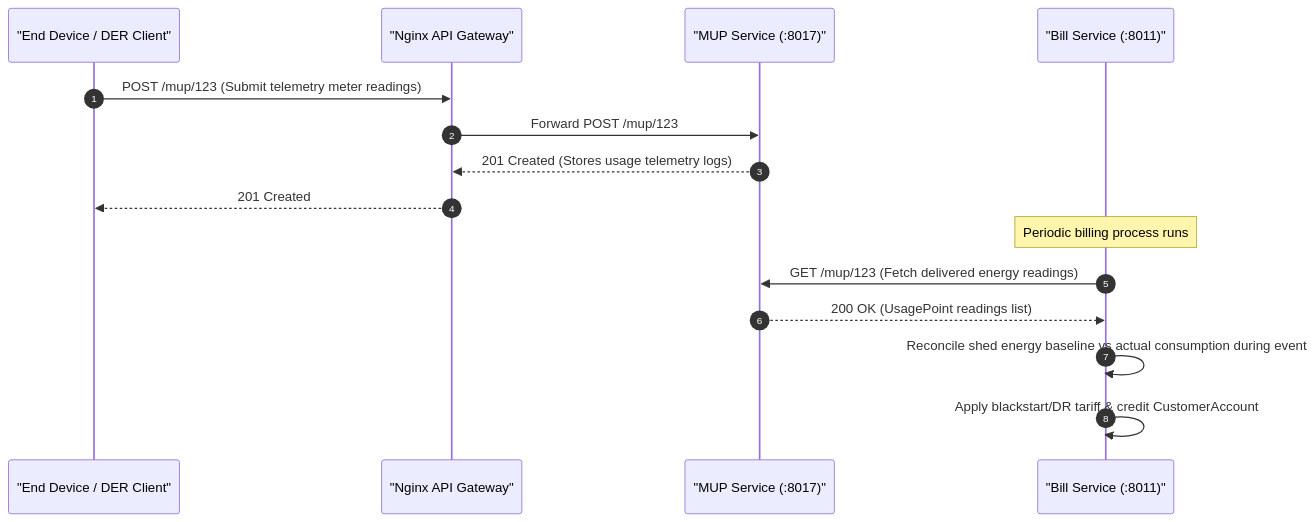
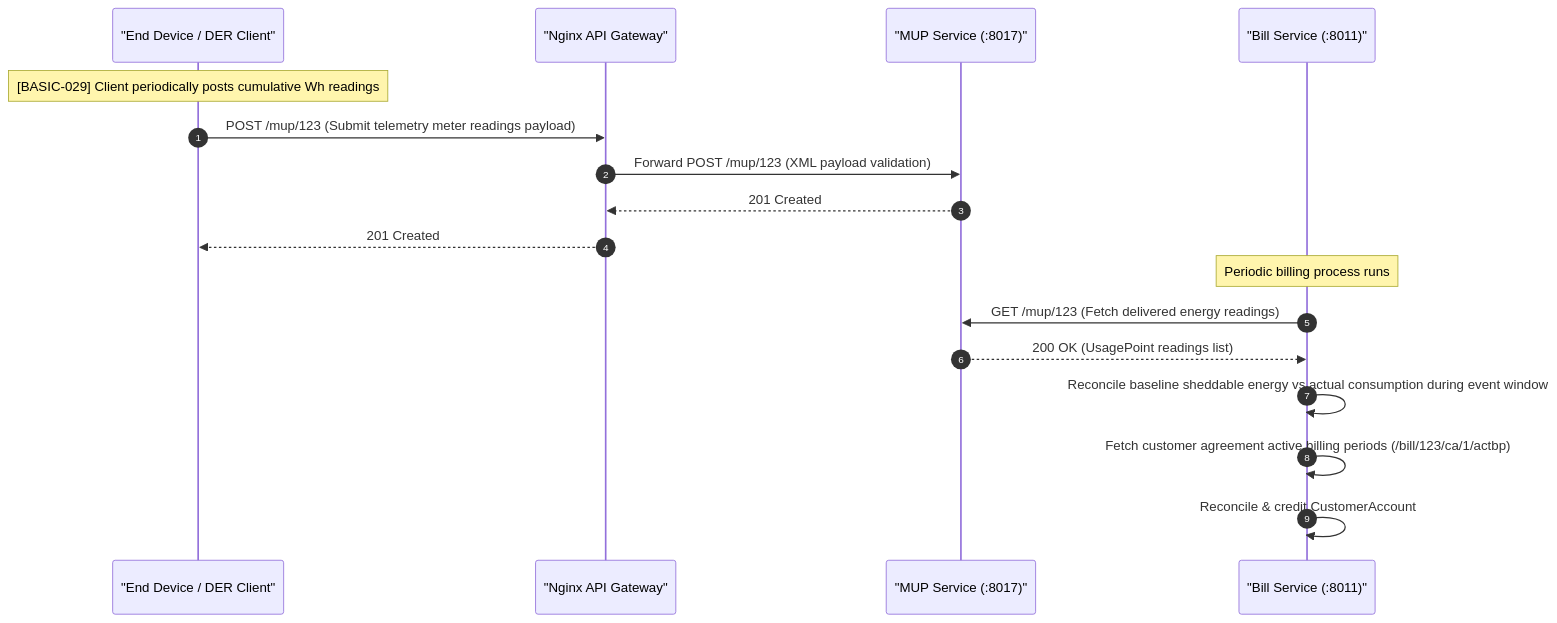
The sixth of 6 diagrams in lifecycles/blackstart.md (Tylores/egot), drawn with Mermaid before and after one commit. The commit also changed other lines of this file and 68 other files, not shown here.

Commit message:
refactor: migrate to microservices architecture, add validation tools and scenario tests

````diff
--- a/lifecycles/blackstart.md
+++ b/lifecycles/blackstart.md
@@ -118,19 +176,22 @@
 ```mermaid
 sequenceDiagram
     autonumber
     participant Client as "End Device / DER Client"
     participant GW as "Nginx API Gateway"
     participant MUP as "MUP Service (:8017)"
     participant Bill as "Bill Service (:8011)"
 
-    Client->>GW: POST /mup/123 (Submit telemetry meter readings)
-    GW->>MUP: Forward POST /mup/123
-    MUP-->>GW: 201 Created (Stores usage telemetry logs)
+    Note over Client: [BASIC-029] Client periodically posts cumulative Wh readings
+    Client->>GW: POST /mup/123 (Submit telemetry meter readings payload)
+    GW->>MUP: Forward POST /mup/123 (XML payload validation)
+    MUP-->>GW: 201 Created
     GW-->>Client: 201 Created
 
     Note over Bill: Periodic billing process runs
     Bill->>MUP: GET /mup/123 (Fetch delivered energy readings)
     MUP-->>Bill: 200 OK (UsagePoint readings list)
-    Bill->>Bill: Reconcile shed energy baseline vs actual consumption during event
-    Bill->>Bill: Apply blackstart/DR tariff & credit CustomerAccount
+    
+    Bill->>Bill: Reconcile baseline sheddable energy vs actual consumption during event window
+    Bill->>Bill: Fetch customer agreement active billing periods (/bill/123/ca/1/actbp)
+    Bill->>Bill: Reconcile & credit CustomerAccount
 ```
````
